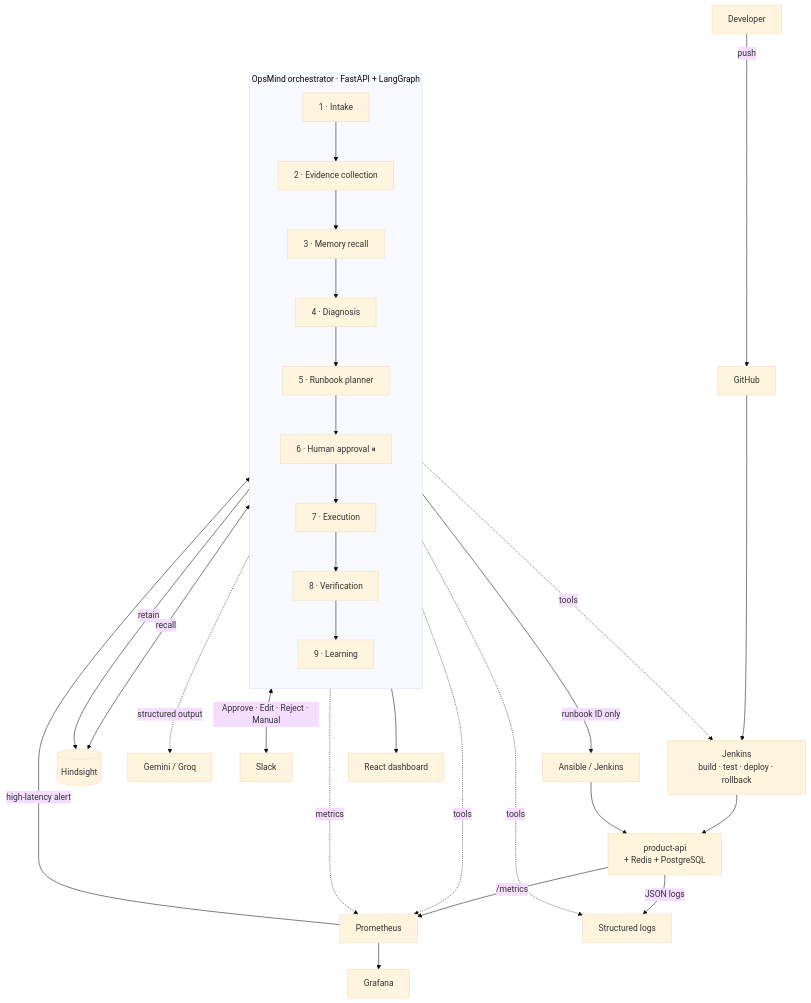
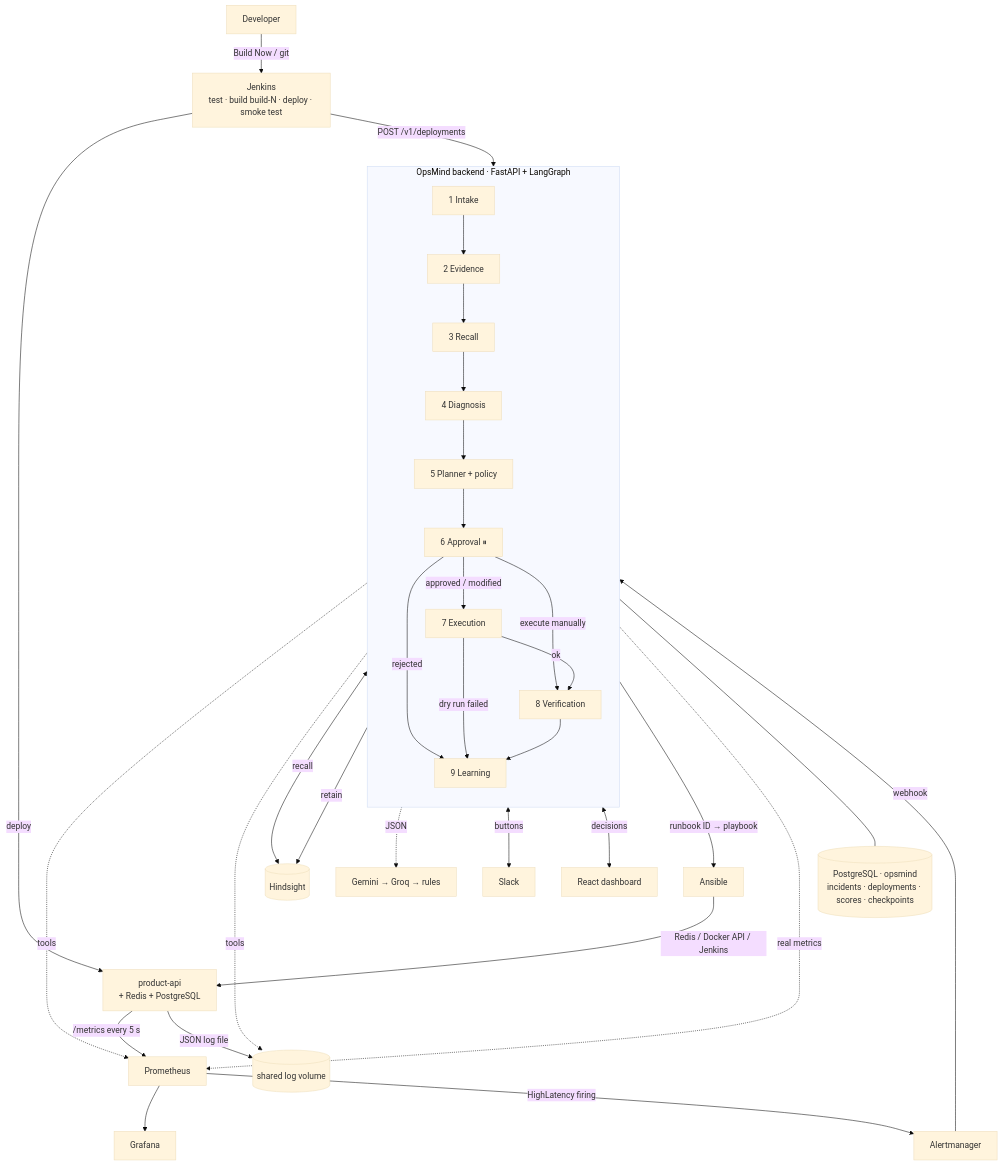
The diagram in TECH_STACK.md (sandeep-m-patil/OpenMind), drawn with Mermaid (base theme) before and after one commit. The commit also changed other lines of this file and 150 other files, not shown here.

First line of the commit message:
feat: Add Ansible scripts for service management and deployment rollback

````diff
--- a/TECH_STACK.md
+++ b/TECH_STACK.md
@@ -80,34 +73,38 @@
 ```mermaid
 flowchart TD
-    Dev[Developer] -->|push| GH[GitHub]
-    GH --> JK[Jenkins<br/>build · test · deploy · rollback]
-    JK --> APP[product-api<br/>+ Redis + PostgreSQL]
-    APP -->|/metrics| PROM[Prometheus]
-    APP -->|JSON logs| LOGS[Structured logs]
+    Dev[Developer] -->|Build Now / git| JK[Jenkins<br/>test · build build-N · deploy · smoke test]
+    JK -->|deploy| APP[product-api<br/>+ Redis + PostgreSQL]
+    JK -->|POST /v1/deployments| ORCH
+    APP -->|/metrics every 5 s| PROM[Prometheus]
+    APP -->|JSON log file| LOGS[(shared log volume)]
     PROM --> GRAF[Grafana]
-    PROM -->|high-latency alert| ORCH
+    PROM -->|HighLatency firing| AM[Alertmanager]
+    AM -->|webhook| ORCH
 
-    subgraph ORCH[OpsMind orchestrator · FastAPI + LangGraph]
+    subgraph ORCH[OpsMind backend · FastAPI + LangGraph]
         direction TB
-        N1[1 · Intake] --> N2[2 · Evidence collection]
-        N2 --> N3[3 · Memory recall]
-        N3 --> N4[4 · Diagnosis]
-        N4 --> N5[5 · Runbook planner]
-        N5 --> N6[6 · Human approval ⏸]
-        N6 --> N7[7 · Execution]
-        N7 --> N8[8 · Verification]
-        N8 --> N9[9 · Learning]
+        N1[1 Intake] --> N2[2 Evidence]
+        N2 --> N3[3 Recall]
+        N3 --> N4[4 Diagnosis]
+        N4 --> N5[5 Planner + policy]
+        N5 --> N6[6 Approval ⏸]
+        N6 -->|approved / modified| N7[7 Execution]
+        N6 -->|execute manually| N8
+        N6 -->|rejected| N9
+        N7 -->|ok| N8[8 Verification]
+        N7 -->|dry run failed| N9
+        N8 --> N9[9 Learning]
     end
 
     N2 -.tools.-> PROM
     N2 -.tools.-> LOGS
-    N2 -.tools.-> JK
     N3 <-->|recall| HS[(Hindsight)]
     N9 -->|retain| HS
-    N4 -.structured output.-> LLM[Gemini / Groq]
-    N6 <-->|Approve · Edit · Reject · Manual| SL[Slack]
-    N7 -->|runbook ID only| ANS[Ansible / Jenkins]
-    ANS --> APP
-    N8 -.metrics.-> PROM
-    ORCH --> UI[React dashboard]
+    N4 -.JSON.-> LLM[Gemini → Groq → rules]
+    N6 <-->|buttons| SL[Slack]
+    N6 <-->|decisions| UI[React dashboard]
+    N7 -->|runbook ID → playbook| ANS[Ansible]
+    ANS -->|Redis / Docker API / Jenkins| APP
+    N8 -.real metrics.-> PROM
+    ORCH --- DB[(PostgreSQL · opsmind<br/>incidents · deployments · scores · checkpoints)]
 ```
````
